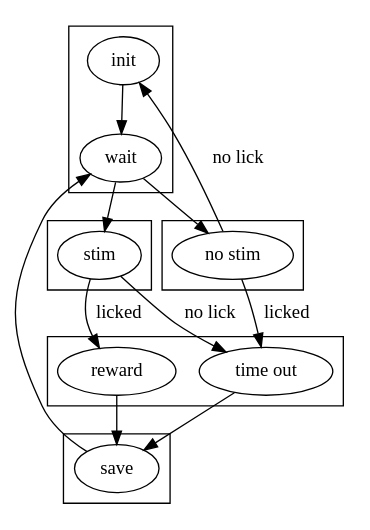
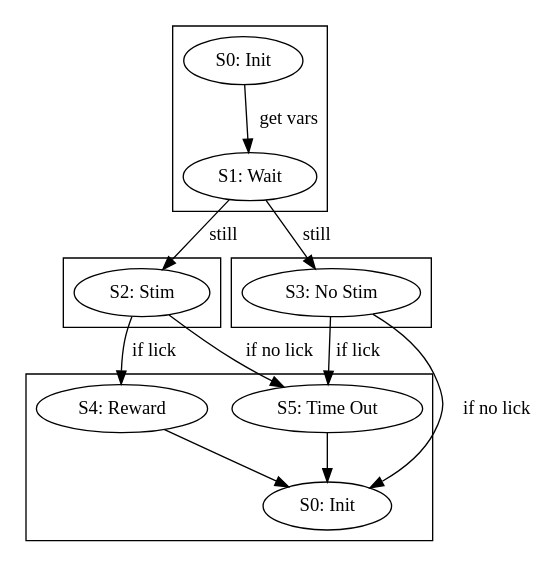
Before and after one commit to cdeister/csVisual: the diagram in stateGraphs/detectionStates.dot, drawn with Graphviz. The commit also changed 3 other files, not shown here.

```diff
--- a/stateGraphs/detectionStates.dot
+++ b/stateGraphs/detectionStates.dot
@@ -1,26 +1,25 @@
 digraph {
     subgraph cluster_0 {
-        init-> wait;
+        "S0: Init"-> "S1: Wait"[label=" get vars"];
     }
 
     subgraph cluster_1 {
-        wait -> "stim";
+        "S1: Wait" -> "S2: Stim"[label=" still"];
     }
 
     subgraph cluster_2 {
-        wait -> "no stim";
+        "S1: Wait" -> "S3: No Stim"[label=" still"];
     }
 
     subgraph cluster_3{
-        "stim" -> reward[label=" licked"]
-        "stim" -> "time out"[label=" no lick"]
-        "no stim" -> "time out"[label=" licked"]
-        "no stim" -> init[label=" no lick"]
+        "S2: Stim" -> "S4: Reward"[label=" if lick"]
+        "S2: Stim" -> "S5: Time Out"[label=" if no lick"]
+        "S3: No Stim" -> "S5: Time Out"[label=" if lick"]
+        "S3: No Stim" -> "S0: Init "[label="   if no lick"]
     }
 
     subgraph cluster_4{
-        reward->save
-        "time out"->save
-        save->wait
+        "S4: Reward"->"S0: Init "
+        "S5: Time Out"->"S0: Init "
     }
 }
```
